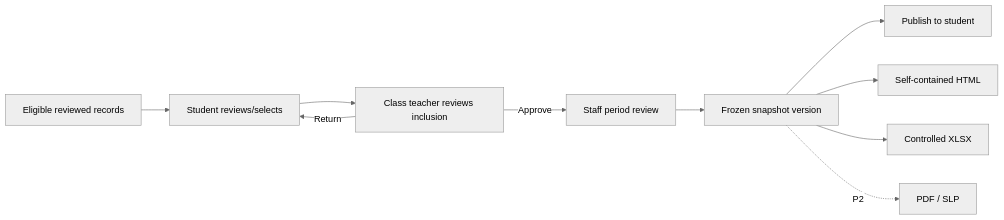
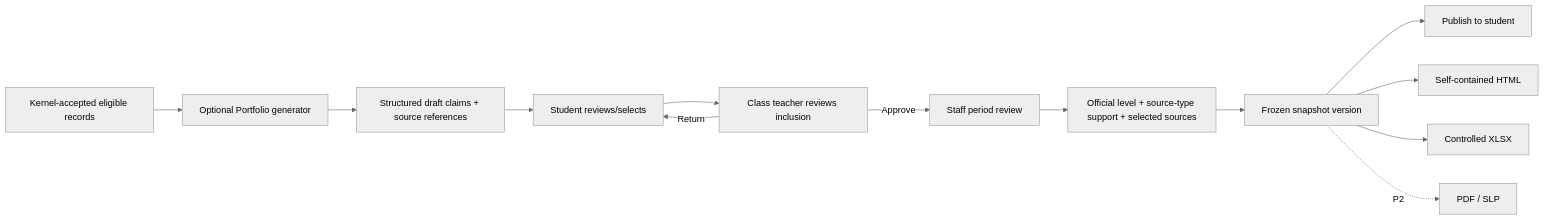
Before and after one commit to heison-octopus/testing-port: the diagram in output/English/SRS/SRS-09 Portfolio Proud Moments and exports.md, drawn with Mermaid (neutral theme). The commit also changed other lines of this file and 79 other files, not shown here.

````diff
--- a/output/English/SRS/SRS-09 Portfolio Proud Moments and exports.md
+++ b/output/English/SRS/SRS-09 Portfolio Proud Moments and exports.md
@@ -45,12 +52,15 @@
 ```mermaid
 flowchart LR
-    Eligible[Eligible reviewed records] --> Student[Student reviews/selects]
+    Eligible[Kernel-accepted eligible records] --> Generate[Optional Portfolio generator]
+    Generate --> Claims[Structured draft claims + source references]
+    Claims --> Student[Student reviews/selects]
     Student --> ClassTeacher[Class teacher reviews inclusion]
     ClassTeacher -->|Return| Student
     ClassTeacher -->|Approve| Staff[Staff period review]
-    Staff --> Snapshot[Frozen snapshot version]
+    Staff --> Breakdown[Official level + source-type support + selected sources]
+    Breakdown --> Snapshot[Frozen snapshot version]
     Snapshot --> Publish[Publish to student]
     Snapshot --> HTML[Self-contained HTML]
     Snapshot --> XLSX[Controlled XLSX]
     Snapshot -. P2 .-> PDF[PDF / SLP]
 ```
````
